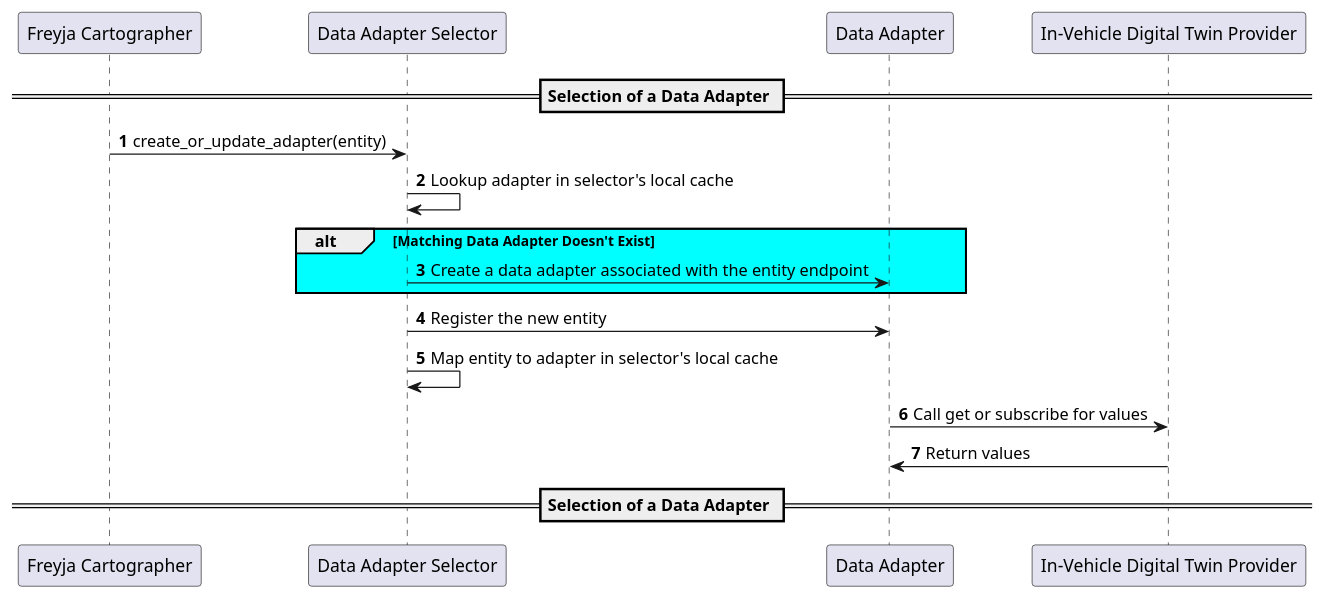
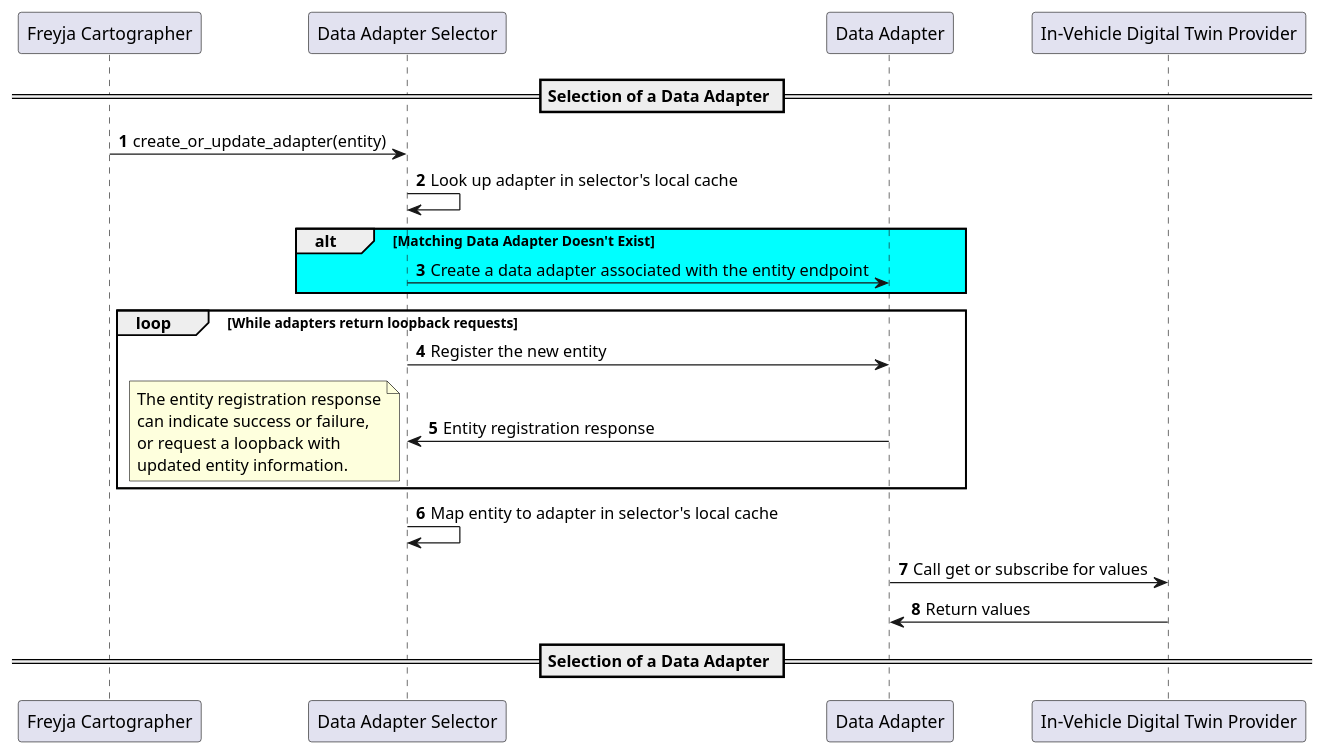
Before and after one commit to eclipse-ibeji/freyja: the diagram in docs/design/diagrams/data_adapter_selection_sequence.puml, drawn with PlantUML. The commit also changed 1 other file, not shown here.

Commit message:
document data adapter selector

```diff
--- a/docs/design/diagrams/data_adapter_selection_sequence.puml
+++ b/docs/design/diagrams/data_adapter_selection_sequence.puml
@@ -1,24 +1,34 @@
 @startuml
 participant "Freyja Cartographer"
 participant "Data Adapter Selector"
 participant "Data Adapter"
 participant "In-Vehicle Digital Twin Provider"
 autonumber
 
 == Selection of a Data Adapter ==
 
 "Freyja Cartographer"->"Data Adapter Selector": create_or_update_adapter(entity)
 
-"Data Adapter Selector"->"Data Adapter Selector": Lookup adapter in selector's local cache
+"Data Adapter Selector"->"Data Adapter Selector": Look up adapter in selector's local cache
 
 alt #Aqua Matching Data Adapter Doesn't Exist
     "Data Adapter Selector"->"Data Adapter": Create a data adapter associated with the entity endpoint
 end
 
+loop While adapters return loopback requests
 "Data Adapter Selector"->"Data Adapter": Register the new entity
+"Data Adapter Selector"<-"Data Adapter": Entity registration response
+note left
+The entity registration response
+can indicate success or failure,
+or request a loopback with
+updated entity information.
+end note
+end
+
 "Data Adapter Selector"->"Data Adapter Selector": Map entity to adapter in selector's local cache
 
 "Data Adapter" -> "In-Vehicle Digital Twin Provider": Call get or subscribe for values
 "In-Vehicle Digital Twin Provider" -> "Data Adapter": Return values
 == Selection of a Data Adapter ==
 @enduml
```
